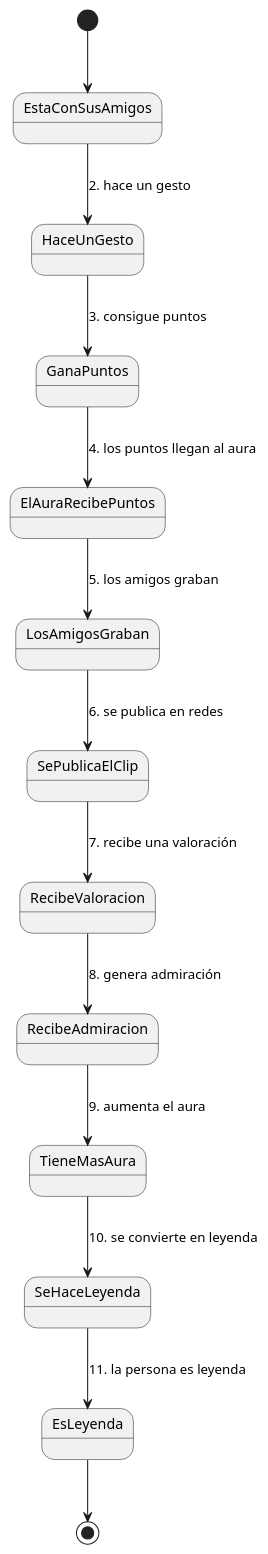
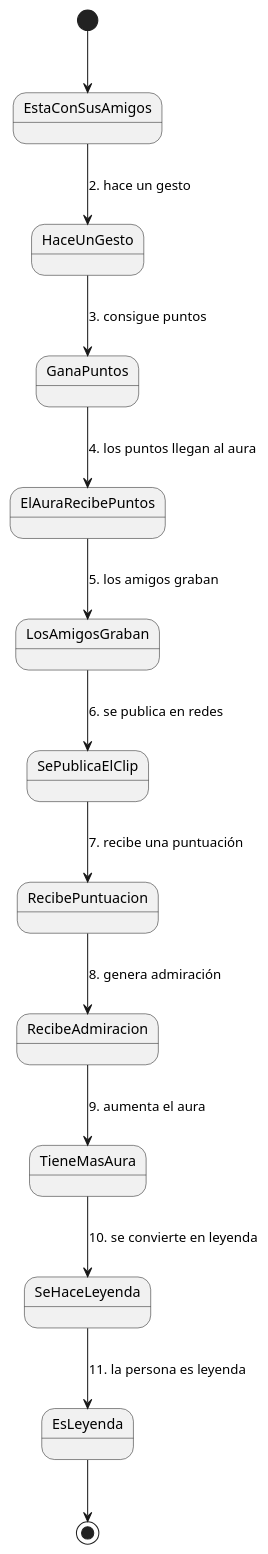
The diagram in entregas/cuestaAlejandra/modelosUML/version4/diagramaestados.puml (Alejandracuesta/26-27-idsw1-AC), drawn with PlantUML before and after one commit. The commit also changed 18 other files, not shown here.

Commit message:
Correccion de Vocabulario de los diagramas y enlaces

```diff
--- a/entregas/cuestaAlejandra/modelosUML/version4/diagramaestados.puml
+++ b/entregas/cuestaAlejandra/modelosUML/version4/diagramaestados.puml
@@ -1,21 +1,21 @@
 @startuml
 
 [*] --> EstaConSusAmigos
 
 EstaConSusAmigos --> HaceUnGesto : 2. hace un gesto
 HaceUnGesto --> GanaPuntos : 3. consigue puntos
 GanaPuntos --> ElAuraRecibePuntos : 4. los puntos llegan al aura
 
 ElAuraRecibePuntos --> LosAmigosGraban : 5. los amigos graban
 LosAmigosGraban --> SePublicaElClip : 6. se publica en redes
 
-SePublicaElClip --> RecibeValoracion : 7. recibe una valoración
-RecibeValoracion --> RecibeAdmiracion : 8. genera admiración
+SePublicaElClip --> RecibePuntuacion : 7. recibe una puntuación
+RecibePuntuacion --> RecibeAdmiracion : 8. genera admiración
 RecibeAdmiracion --> TieneMasAura : 9. aumenta el aura
 
 TieneMasAura --> SeHaceLeyenda : 10. se convierte en leyenda
 SeHaceLeyenda --> EsLeyenda : 11. la persona es leyenda
 
 EsLeyenda --> [*]
 
 @enduml
```
